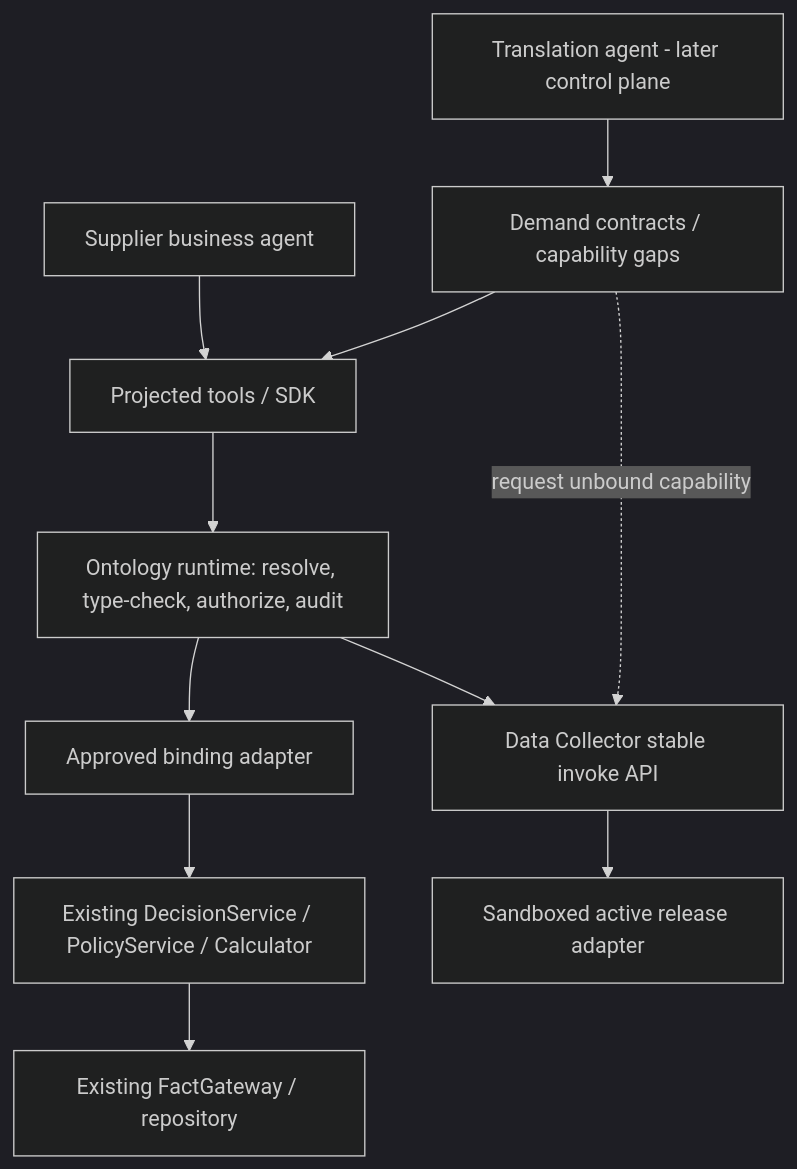
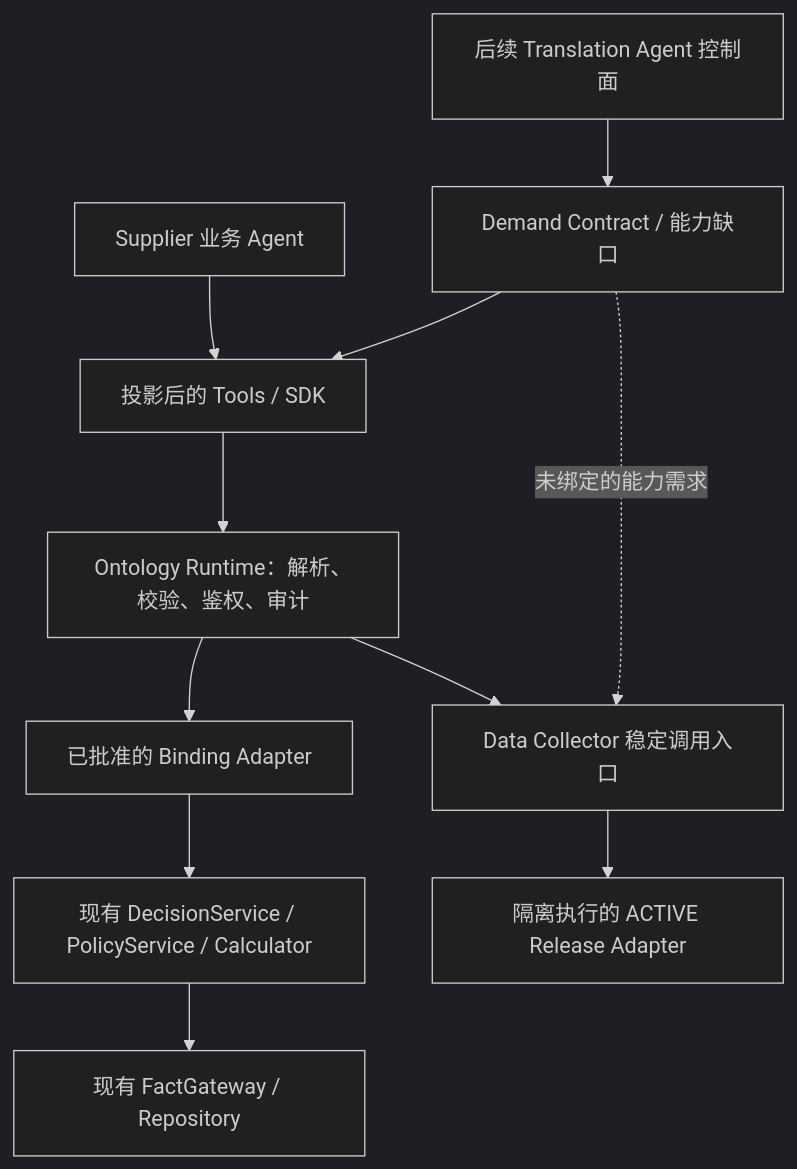
Before and after one commit to shqpsyd/ontology-core: the diagram in docs/phase0/semantic-boundaries.md, drawn with Mermaid (dark theme). The commit also changed other lines of this file, not shown here.

````diff
--- a/docs/phase0/semantic-boundaries.md
+++ b/docs/phase0/semantic-boundaries.md
@@ -8,13 +11,13 @@
 ```mermaid
 flowchart TD
-  A[Supplier business agent] --> P[Projected tools / SDK]
-  P --> R[Ontology runtime: resolve, type-check, authorize, audit]
-  R --> B[Approved binding adapter]
-  B --> S[Existing DecisionService / PolicyService / Calculator]
-  S --> F[Existing FactGateway / repository]
-  R --> D[Data Collector stable invoke API]
-  D --> W[Sandboxed active release adapter]
-  T[Translation agent - later control plane] --> C[Demand contracts / capability gaps]
+  A[Supplier 业务 Agent] --> P[投影后的 Tools / SDK]
+  P --> R[Ontology Runtime：解析、校验、鉴权、审计]
+  R --> B[已批准的 Binding Adapter]
+  B --> S[现有 DecisionService / PolicyService / Calculator]
+  S --> F[现有 FactGateway / Repository]
+  R --> D[Data Collector 稳定调用入口]
+  D --> W[隔离执行的 ACTIVE Release Adapter]
+  T[后续 Translation Agent 控制面] --> C[Demand Contract / 能力缺口]
   C --> P
-  C -. request unbound capability .-> D
+  C -. 未绑定的能力需求 .-> D
 ```
````
